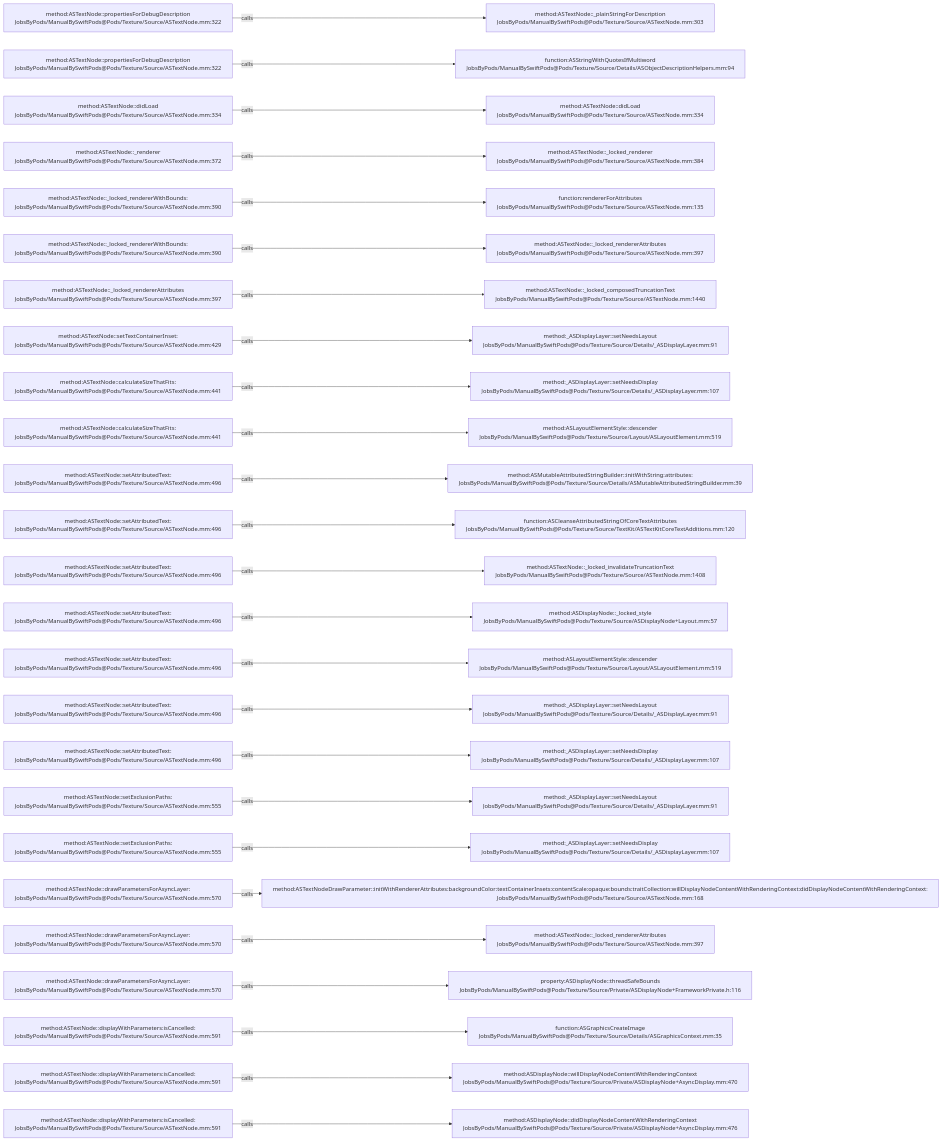
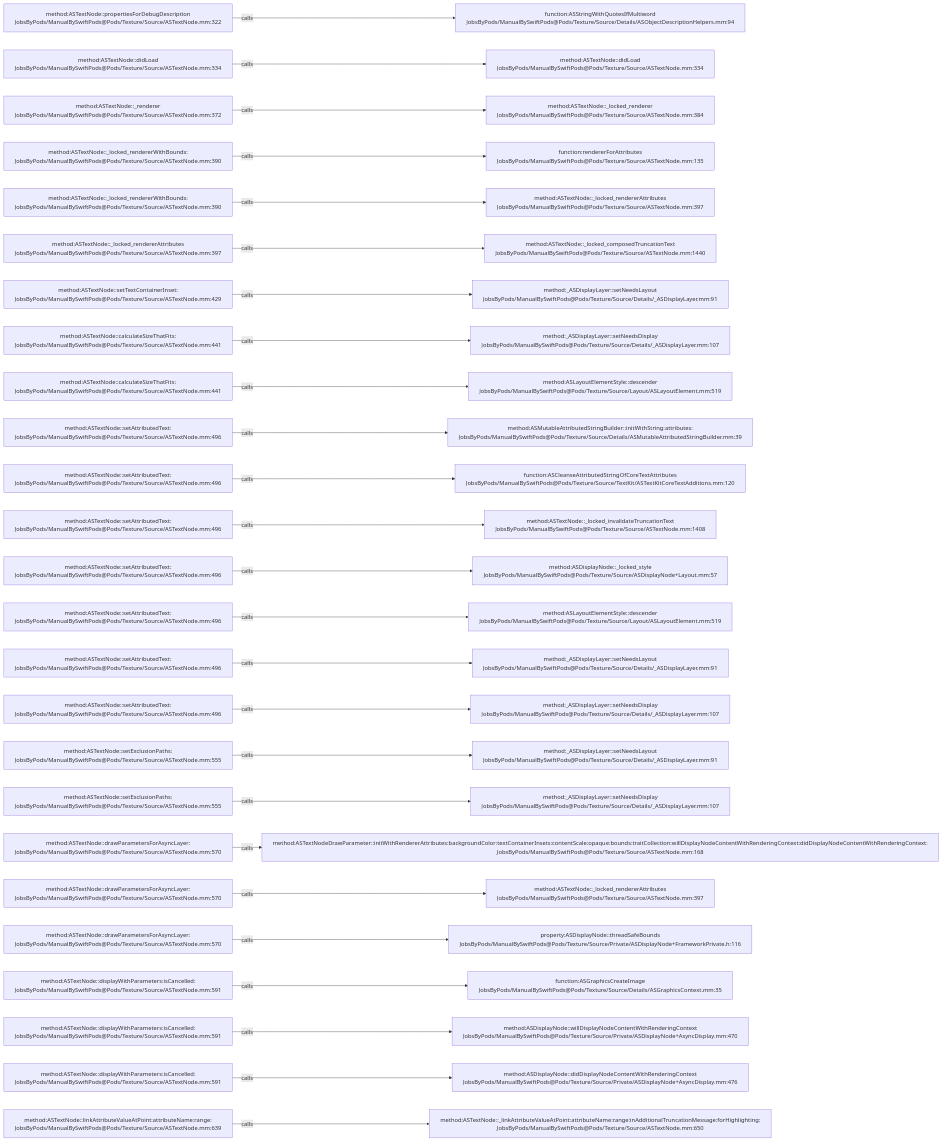
Before and after one commit to JobsKits/JobsSwiftBaseConfigDemo: the diagram in .codegraph/codegraph.md/graphs/calls-066.md, drawn with Mermaid. The commit also changed 747 other files, not shown here.

````diff
--- a/.codegraph/codegraph.md/graphs/calls-066.md
+++ b/.codegraph/codegraph.md/graphs/calls-066.md
@@ -13,78 +13,78 @@
 ```mermaid
 flowchart LR
   S1["method:ASTextNode::propertiesForDebugDescription<br/>JobsByPods/ManualBySwiftPods@Pods/Texture/Source/ASTextNode.mm:322"]
-  T1["method:ASTextNode::_plainStringForDescription<br/>JobsByPods/ManualBySwiftPods@Pods/Texture/Source/ASTextNode.mm:303"]
+  T1["function:ASStringWithQuotesIfMultiword<br/>JobsByPods/ManualBySwiftPods@Pods/Texture/Source/Details/ASObjectDescriptionHelpers.mm:94"]
   S1 -->|calls| T1
-  S2["method:ASTextNode::propertiesForDebugDescription<br/>JobsByPods/ManualBySwiftPods@Pods/Texture/Source/ASTextNode.mm:322"]
-  T2["function:ASStringWithQuotesIfMultiword<br/>JobsByPods/ManualBySwiftPods@Pods/Texture/Source/Details/ASObjectDescriptionHelpers.mm:94"]
+  S2["method:ASTextNode::didLoad<br/>JobsByPods/ManualBySwiftPods@Pods/Texture/Source/ASTextNode.mm:334"]
+  T2["method:ASTextNode::didLoad<br/>JobsByPods/ManualBySwiftPods@Pods/Texture/Source/ASTextNode.mm:334"]
   S2 -->|calls| T2
-  S3["method:ASTextNode::didLoad<br/>JobsByPods/ManualBySwiftPods@Pods/Texture/Source/ASTextNode.mm:334"]
-  T3["method:ASTextNode::didLoad<br/>JobsByPods/ManualBySwiftPods@Pods/Texture/Source/ASTextNode.mm:334"]
+  S3["method:ASTextNode::_renderer<br/>JobsByPods/ManualBySwiftPods@Pods/Texture/Source/ASTextNode.mm:372"]
+  T3["method:ASTextNode::_locked_renderer<br/>JobsByPods/ManualBySwiftPods@Pods/Texture/Source/ASTextNode.mm:384"]
   S3 -->|calls| T3
-  S4["method:ASTextNode::_renderer<br/>JobsByPods/ManualBySwiftPods@Pods/Texture/Source/ASTextNode.mm:372"]
-  T4["method:ASTextNode::_locked_renderer<br/>JobsByPods/ManualBySwiftPods@Pods/Texture/Source/ASTextNode.mm:384"]
+  S4["method:ASTextNode::_locked_rendererWithBounds:<br/>JobsByPods/ManualBySwiftPods@Pods/Texture/Source/ASTextNode.mm:390"]
+  T4["function:rendererForAttributes<br/>JobsByPods/ManualBySwiftPods@Pods/Texture/Source/ASTextNode.mm:135"]
   S4 -->|calls| T4
   S5["method:ASTextNode::_locked_rendererWithBounds:<br/>JobsByPods/ManualBySwiftPods@Pods/Texture/Source/ASTextNode.mm:390"]
-  T5["function:rendererForAttributes<br/>JobsByPods/ManualBySwiftPods@Pods/Texture/Source/ASTextNode.mm:135"]
+  T5["method:ASTextNode::_locked_rendererAttributes<br/>JobsByPods/ManualBySwiftPods@Pods/Texture/Source/ASTextNode.mm:397"]
   S5 -->|calls| T5
-  S6["method:ASTextNode::_locked_rendererWithBounds:<br/>JobsByPods/ManualBySwiftPods@Pods/Texture/Source/ASTextNode.mm:390"]
-  T6["method:ASTextNode::_locked_rendererAttributes<br/>JobsByPods/ManualBySwiftPods@Pods/Texture/Source/ASTextNode.mm:397"]
+  S6["method:ASTextNode::_locked_rendererAttributes<br/>JobsByPods/ManualBySwiftPods@Pods/Texture/Source/ASTextNode.mm:397"]
+  T6["method:ASTextNode::_locked_composedTruncationText<br/>JobsByPods/ManualBySwiftPods@Pods/Texture/Source/ASTextNode.mm:1440"]
   S6 -->|calls| T6
-  S7["method:ASTextNode::_locked_rendererAttributes<br/>JobsByPods/ManualBySwiftPods@Pods/Texture/Source/ASTextNode.mm:397"]
-  T7["method:ASTextNode::_locked_composedTruncationText<br/>JobsByPods/ManualBySwiftPods@Pods/Texture/Source/ASTextNode.mm:1440"]
+  S7["method:ASTextNode::setTextContainerInset:<br/>JobsByPods/ManualBySwiftPods@Pods/Texture/Source/ASTextNode.mm:429"]
+  T7["method:_ASDisplayLayer::setNeedsLayout<br/>JobsByPods/ManualBySwiftPods@Pods/Texture/Source/Details/_ASDisplayLayer.mm:91"]
   S7 -->|calls| T7
-  S8["method:ASTextNode::setTextContainerInset:<br/>JobsByPods/ManualBySwiftPods@Pods/Texture/Source/ASTextNode.mm:429"]
-  T8["method:_ASDisplayLayer::setNeedsLayout<br/>JobsByPods/ManualBySwiftPods@Pods/Texture/Source/Details/_ASDisplayLayer.mm:91"]
+  S8["method:ASTextNode::calculateSizeThatFits:<br/>JobsByPods/ManualBySwiftPods@Pods/Texture/Source/ASTextNode.mm:441"]
+  T8["method:_ASDisplayLayer::setNeedsDisplay<br/>JobsByPods/ManualBySwiftPods@Pods/Texture/Source/Details/_ASDisplayLayer.mm:107"]
   S8 -->|calls| T8
   S9["method:ASTextNode::calculateSizeThatFits:<br/>JobsByPods/ManualBySwiftPods@Pods/Texture/Source/ASTextNode.mm:441"]
-  T9["method:_ASDisplayLayer::setNeedsDisplay<br/>JobsByPods/ManualBySwiftPods@Pods/Texture/Source/Details/_ASDisplayLayer.mm:107"]
+  T9["method:ASLayoutElementStyle::descender<br/>JobsByPods/ManualBySwiftPods@Pods/Texture/Source/Layout/ASLayoutElement.mm:519"]
   S9 -->|calls| T9
-  S10["method:ASTextNode::calculateSizeThatFits:<br/>JobsByPods/ManualBySwiftPods@Pods/Texture/Source/ASTextNode.mm:441"]
-  T10["method:ASLayoutElementStyle::descender<br/>JobsByPods/ManualBySwiftPods@Pods/Texture/Source/Layout/ASLayoutElement.mm:519"]
+  S10["method:ASTextNode::setAttributedText:<br/>JobsByPods/ManualBySwiftPods@Pods/Texture/Source/ASTextNode.mm:496"]
+  T10["method:ASMutableAttributedStringBuilder::initWithString:attributes:<br/>JobsByPods/ManualBySwiftPods@Pods/Texture/Source/Details/ASMutableAttributedStringBuilder.mm:39"]
   S10 -->|calls| T10
   S11["method:ASTextNode::setAttributedText:<br/>JobsByPods/ManualBySwiftPods@Pods/Texture/Source/ASTextNode.mm:496"]
-  T11["method:ASMutableAttributedStringBuilder::initWithString:attributes:<br/>JobsByPods/ManualBySwiftPods@Pods/Texture/Source/Details/ASMutableAttributedStringBuilder.mm:39"]
+  T11["function:ASCleanseAttributedStringOfCoreTextAttributes<br/>JobsByPods/ManualBySwiftPods@Pods/Texture/Source/TextKit/ASTextKitCoreTextAdditions.mm:120"]
   S11 -->|calls| T11
   S12["method:ASTextNode::setAttributedText:<br/>JobsByPods/ManualBySwiftPods@Pods/Texture/Source/ASTextNode.mm:496"]
-  T12["function:ASCleanseAttributedStringOfCoreTextAttributes<br/>JobsByPods/ManualBySwiftPods@Pods/Texture/Source/TextKit/ASTextKitCoreTextAdditions.mm:120"]
+  T12["method:ASTextNode::_locked_invalidateTruncationText<br/>JobsByPods/ManualBySwiftPods@Pods/Texture/Source/ASTextNode.mm:1408"]
   S12 -->|calls| T12
   S13["method:ASTextNode::setAttributedText:<br/>JobsByPods/ManualBySwiftPods@Pods/Texture/Source/ASTextNode.mm:496"]
-  T13["method:ASTextNode::_locked_invalidateTruncationText<br/>JobsByPods/ManualBySwiftPods@Pods/Texture/Source/ASTextNode.mm:1408"]
+  T13["method:ASDisplayNode::_locked_style<br/>JobsByPods/ManualBySwiftPods@Pods/Texture/Source/ASDisplayNode+Layout.mm:57"]
   S13 -->|calls| T13
   S14["method:ASTextNode::setAttributedText:<br/>JobsByPods/ManualBySwiftPods@Pods/Texture/Source/ASTextNode.mm:496"]
-  T14["method:ASDisplayNode::_locked_style<br/>JobsByPods/ManualBySwiftPods@Pods/Texture/Source/ASDisplayNode+Layout.mm:57"]
+  T14["method:ASLayoutElementStyle::descender<br/>JobsByPods/ManualBySwiftPods@Pods/Texture/Source/Layout/ASLayoutElement.mm:519"]
   S14 -->|calls| T14
   S15["method:ASTextNode::setAttributedText:<br/>JobsByPods/ManualBySwiftPods@Pods/Texture/Source/ASTextNode.mm:496"]
-  T15["method:ASLayoutElementStyle::descender<br/>JobsByPods/ManualBySwiftPods@Pods/Texture/Source/Layout/ASLayoutElement.mm:519"]
+  T15["method:_ASDisplayLayer::setNeedsLayout<br/>JobsByPods/ManualBySwiftPods@Pods/Texture/Source/Details/_ASDisplayLayer.mm:91"]
   S15 -->|calls| T15
   S16["method:ASTextNode::setAttributedText:<br/>JobsByPods/ManualBySwiftPods@Pods/Texture/Source/ASTextNode.mm:496"]
-  T16["method:_ASDisplayLayer::setNeedsLayout<br/>JobsByPods/ManualBySwiftPods@Pods/Texture/Source/Details/_ASDisplayLayer.mm:91"]
+  T16["method:_ASDisplayLayer::setNeedsDisplay<br/>JobsByPods/ManualBySwiftPods@Pods/Texture/Source/Details/_ASDisplayLayer.mm:107"]
   S16 -->|calls| T16
-  S17["method:ASTextNode::setAttributedText:<br/>JobsByPods/ManualBySwiftPods@Pods/Texture/Source/ASTextNode.mm:496"]
-  T17["method:_ASDisplayLayer::setNeedsDisplay<br/>JobsByPods/ManualBySwiftPods@Pods/Texture/Source/Details/_ASDisplayLayer.mm:107"]
+  S17["method:ASTextNode::setExclusionPaths:<br/>JobsByPods/ManualBySwiftPods@Pods/Texture/Source/ASTextNode.mm:555"]
+  T17["method:_ASDisplayLayer::setNeedsLayout<br/>JobsByPods/ManualBySwiftPods@Pods/Texture/Source/Details/_ASDisplayLayer.mm:91"]
   S17 -->|calls| T17
   S18["method:ASTextNode::setExclusionPaths:<br/>JobsByPods/ManualBySwiftPods@Pods/Texture/Source/ASTextNode.mm:555"]
-  T18["method:_ASDisplayLayer::setNeedsLayout<br/>JobsByPods/ManualBySwiftPods@Pods/Texture/Source/Details/_ASDisplayLayer.mm:91"]
+  T18["method:_ASDisplayLayer::setNeedsDisplay<br/>JobsByPods/ManualBySwiftPods@Pods/Texture/Source/Details/_ASDisplayLayer.mm:107"]
   S18 -->|calls| T18
-  S19["method:ASTextNode::setExclusionPaths:<br/>JobsByPods/ManualBySwiftPods@Pods/Texture/Source/ASTextNode.mm:555"]
-  T19["method:_ASDisplayLayer::setNeedsDisplay<br/>JobsByPods/ManualBySwiftPods@Pods/Texture/Source/Details/_ASDisplayLayer.mm:107"]
+  S19["method:ASTextNode::drawParametersForAsyncLayer:<br/>JobsByPods/ManualBySwiftPods@Pods/Texture/Source/ASTextNode.mm:570"]
+  T19["method:ASTextNodeDrawParameter::initWithRendererAttributes:backgroundColor:textContainerInsets:contentScale:opaque:bounds:traitCollection:willDisplayNodeContentWithRenderingContext:didDisplayNodeContentWithRenderingContext:<br/>JobsByPods/ManualBySwiftPods@Pods/Texture/Source/ASTextNode.mm:168"]
   S19 -->|calls| T19
   S20["method:ASTextNode::drawParametersForAsyncLayer:<br/>JobsByPods/ManualBySwiftPods@Pods/Texture/Source/ASTextNode.mm:570"]
-  T20["method:ASTextNodeDrawParameter::initWithRendererAttributes:backgroundColor:textContainerInsets:contentScale:opaque:bounds:traitCollection:willDisplayNodeContentWithRenderingContext:didDisplayNodeContentWithRenderingContext:<br/>JobsByPods/ManualBySwiftPods@Pods/Texture/Source/ASTextNode.mm:168"]
+  T20["method:ASTextNode::_locked_rendererAttributes<br/>JobsByPods/ManualBySwiftPods@Pods/Texture/Source/ASTextNode.mm:397"]
   S20 -->|calls| T20
   S21["method:ASTextNode::drawParametersForAsyncLayer:<br/>JobsByPods/ManualBySwiftPods@Pods/Texture/Source/ASTextNode.mm:570"]
-  T21["method:ASTextNode::_locked_rendererAttributes<br/>JobsByPods/ManualBySwiftPods@Pods/Texture/Source/ASTextNode.mm:397"]
+  T21["property:ASDisplayNode::threadSafeBounds<br/>JobsByPods/ManualBySwiftPods@Pods/Texture/Source/Private/ASDisplayNode+FrameworkPrivate.h:116"]
   S21 -->|calls| T21
-  S22["method:ASTextNode::drawParametersForAsyncLayer:<br/>JobsByPods/ManualBySwiftPods@Pods/Texture/Source/ASTextNode.mm:570"]
-  T22["property:ASDisplayNode::threadSafeBounds<br/>JobsByPods/ManualBySwiftPods@Pods/Texture/Source/Private/ASDisplayNode+FrameworkPrivate.h:116"]
+  S22["method:ASTextNode::displayWithParameters:isCancelled:<br/>JobsByPods/ManualBySwiftPods@Pods/Texture/Source/ASTextNode.mm:591"]
+  T22["function:ASGraphicsCreateImage<br/>JobsByPods/ManualBySwiftPods@Pods/Texture/Source/Details/ASGraphicsContext.mm:35"]
   S22 -->|calls| T22
   S23["method:ASTextNode::displayWithParameters:isCancelled:<br/>JobsByPods/ManualBySwiftPods@Pods/Texture/Source/ASTextNode.mm:591"]
-  T23["function:ASGraphicsCreateImage<br/>JobsByPods/ManualBySwiftPods@Pods/Texture/Source/Details/ASGraphicsContext.mm:35"]
+  T23["method:ASDisplayNode::willDisplayNodeContentWithRenderingContext<br/>JobsByPods/ManualBySwiftPods@Pods/Texture/Source/Private/ASDisplayNode+AsyncDisplay.mm:470"]
   S23 -->|calls| T23
   S24["method:ASTextNode::displayWithParameters:isCancelled:<br/>JobsByPods/ManualBySwiftPods@Pods/Texture/Source/ASTextNode.mm:591"]
-  T24["method:ASDisplayNode::willDisplayNodeContentWithRenderingContext<br/>JobsByPods/ManualBySwiftPods@Pods/Texture/Source/Private/ASDisplayNode+AsyncDisplay.mm:470"]
+  T24["method:ASDisplayNode::didDisplayNodeContentWithRenderingContext<br/>JobsByPods/ManualBySwiftPods@Pods/Texture/Source/Private/ASDisplayNode+AsyncDisplay.mm:476"]
   S24 -->|calls| T24
-  S25["method:ASTextNode::displayWithParameters:isCancelled:<br/>JobsByPods/ManualBySwiftPods@Pods/Texture/Source/ASTextNode.mm:591"]
-  T25["method:ASDisplayNode::didDisplayNodeContentWithRenderingContext<br/>JobsByPods/ManualBySwiftPods@Pods/Texture/Source/Private/ASDisplayNode+AsyncDisplay.mm:476"]
+  S25["method:ASTextNode::linkAttributeValueAtPoint:attributeName:range:<br/>JobsByPods/ManualBySwiftPods@Pods/Texture/Source/ASTextNode.mm:639"]
+  T25["method:ASTextNode::_linkAttributeValueAtPoint:attributeName:range:inAdditionalTruncationMessage:forHighlighting:<br/>JobsByPods/ManualBySwiftPods@Pods/Texture/Source/ASTextNode.mm:650"]
   S25 -->|calls| T25
 ```
````
